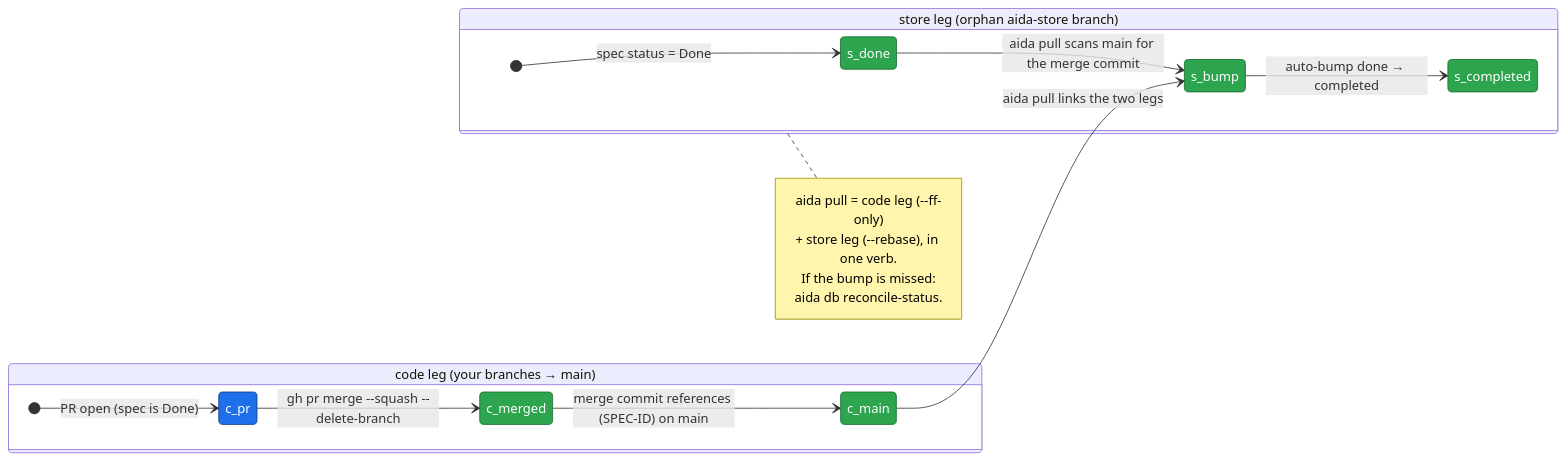
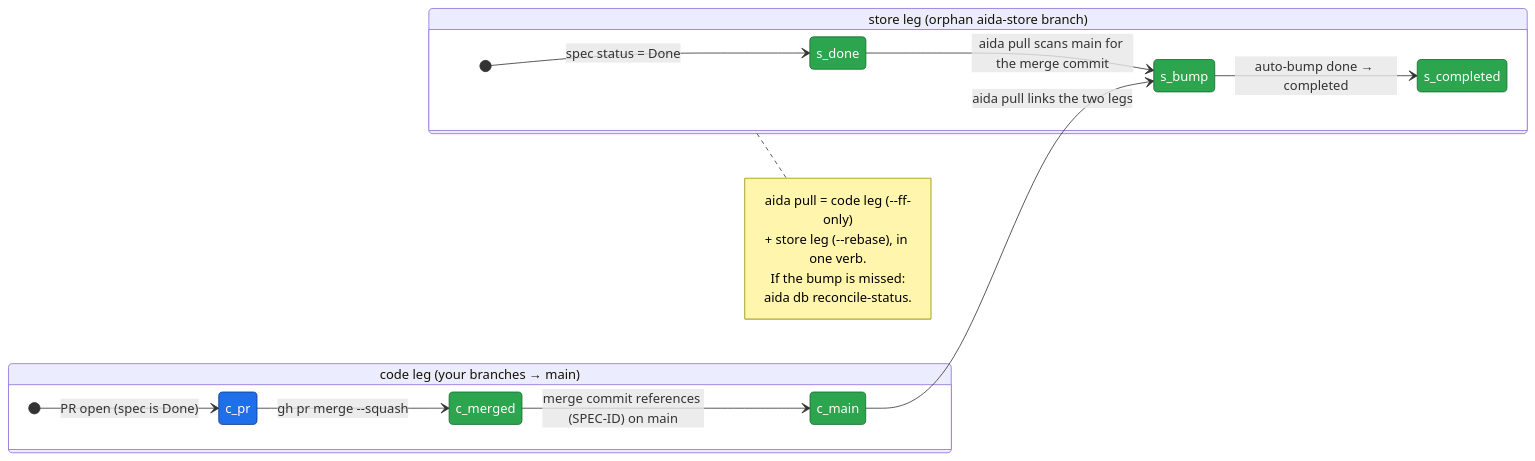
The fifth of 6 diagrams in docs/lifecycle.md (joemooney/aida), drawn with Mermaid before and after one commit. The commit also changed other lines of this file and 13 other files, not shown here.

````diff
--- a/docs/lifecycle.md
+++ b/docs/lifecycle.md
@@ -356,31 +356,31 @@
 ```mermaid
 stateDiagram-v2
     direction LR
 
     state "code leg (your branches → main)" as Code {
         [*] --> c_pr: PR open (spec is Done)
-        c_pr --> c_merged: gh pr merge --squash --delete-branch
+        c_pr --> c_merged: gh pr merge --squash
         c_merged --> c_main: merge commit references (SPEC-ID) on main
     }
 
     state "store leg (orphan aida-store branch)" as Store {
         [*] --> s_done: spec status = Done
         s_done --> s_bump: aida pull scans main for the merge commit
         s_bump --> s_completed: auto-bump done → completed
     }
 
     c_main --> s_bump: aida pull links the two legs
 
     note right of Store
         aida pull = code leg (--ff-only)
         + store leg (--rebase), in one verb.
         If the bump is missed:
         aida db reconcile-status.
     end note
 
     classDef cli fill:#1f6feb,stroke:#0d3b8a,color:#fff
     classDef git fill:#2da44e,stroke:#176b2e,color:#fff
 
     class c_pr cli
     class c_merged,c_main,s_done,s_bump,s_completed git
 ```
````
